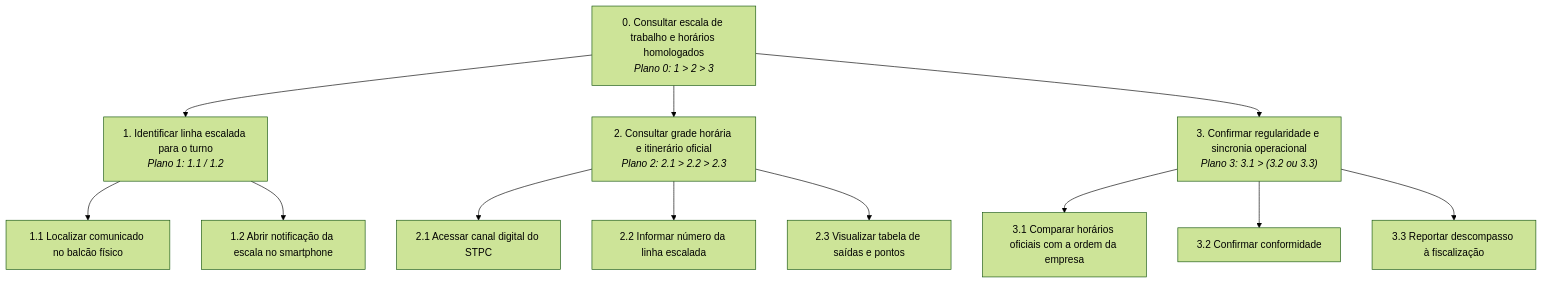
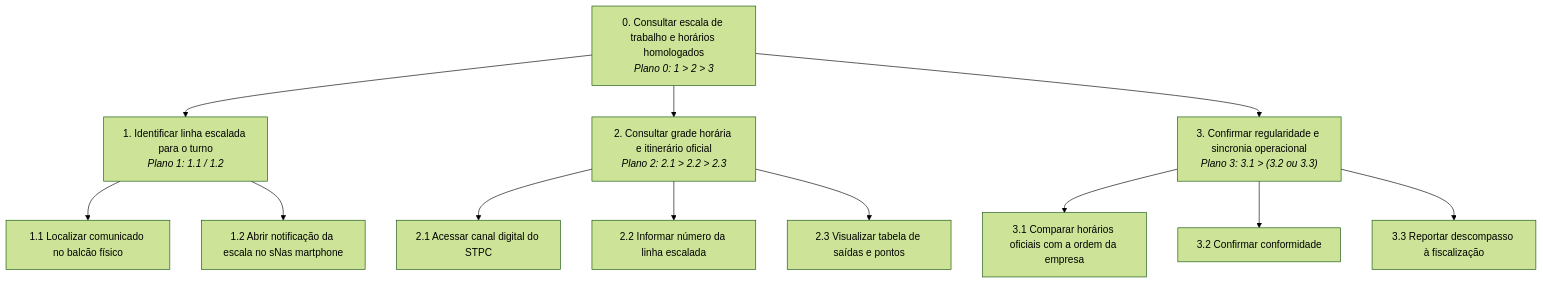
Before and after one commit to Interacao-Humano-Computador/2026.2-Grupo05: the first of 4 diagrams in docs/analise-de-requisitos/analise-de-tarefas/analise-hta-ctt-motorista.md, drawn with Mermaid (forest theme).

Commit message:
fix:Atualiza minha parte e adiciona uma nova funcionalidade(tarefa 09)

````diff
--- a/docs/analise-de-requisitos/analise-de-tarefas/analise-hta-ctt-motorista.md
+++ b/docs/analise-de-requisitos/analise-de-tarefas/analise-hta-ctt-motorista.md
@@ -104,31 +104,31 @@
 ```mermaid
 graph TD
     T0["0. Consultar escala de trabalho e horários homologados<br/><i>Plano 0: 1 > 2 > 3</i>"]
     
     T1["1. Identificar linha escalada para o turno<br/><i>Plano 1: 1.1 / 1.2</i>"]
     T2["2. Consultar grade horária e itinerário oficial<br/><i>Plano 2: 2.1 > 2.2 > 2.3</i>"]
     T3["3. Confirmar regularidade e sincronia operacional<br/><i>Plano 3: 3.1 > (3.2 ou 3.3)</i>"]
     
     T0 --> T1
     T0 --> T2
     T0 --> T3
     
     T11["1.1 Localizar comunicado no balcão físico"]
-    T12["1.2 Abrir notificação da escala no smartphone"]
+    T12["1.2 Abrir notificação da escala no sNas martphone"]
     T1 --> T11
     T1 --> T12
     
     T21["2.1 Acessar canal digital do STPC"]
     T22["2.2 Informar número da linha escalada"]
     T23["2.3 Visualizar tabela de saídas e pontos"]
     T2 --> T21
     T2 --> T22
     T2 --> T23
     
     T31["3.1 Comparar horários oficiais com a ordem da empresa"]
     T32["3.2 Confirmar conformidade"]
     T33["3.3 Reportar descompasso à fiscalização"]
     T3 --> T31
     T3 --> T32
     T3 --> T33
 ```
````
